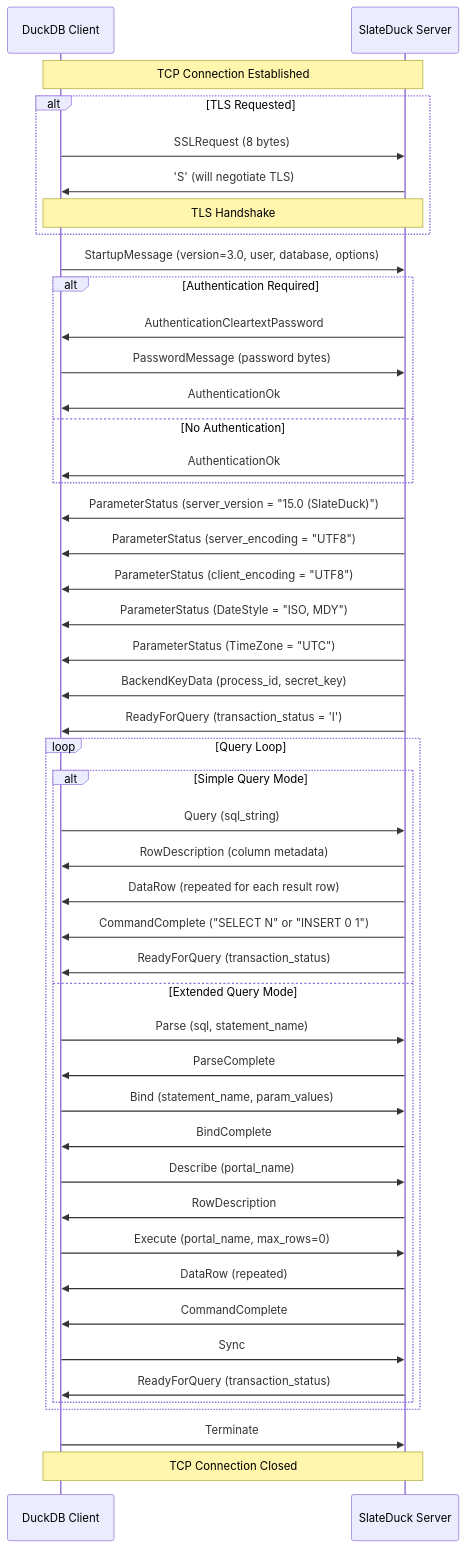
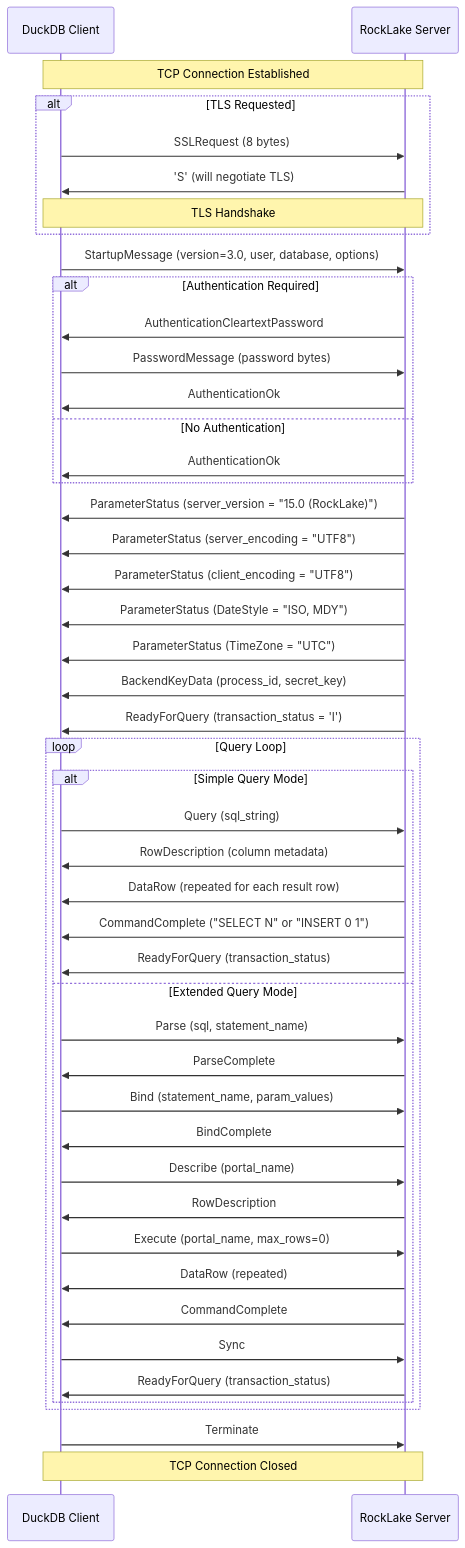
Before and after one commit to trickle-labs/rocklake: the diagram in docs/architecture/pg-wire-protocol.md, drawn with Mermaid. The commit also changed other lines of this file and 398 other files, not shown here.

First line of the commit message:
rename: SlateDuck -> RockLake across entire codebase (#48)

````diff
--- a/docs/architecture/pg-wire-protocol.md
+++ b/docs/architecture/pg-wire-protocol.md
@@ -22,56 +22,56 @@
 ```mermaid
 sequenceDiagram
     participant C as DuckDB Client
-    participant S as SlateDuck Server
+    participant S as RockLake Server
 
     Note over C,S: TCP Connection Established
     
     alt TLS Requested
         C->>S: SSLRequest (8 bytes)
         S->>C: 'S' (will negotiate TLS)
         Note over C,S: TLS Handshake
     end
     
     C->>S: StartupMessage (version=3.0, user, database, options)
     
     alt Authentication Required
         S->>C: AuthenticationCleartextPassword
         C->>S: PasswordMessage (password bytes)
         S->>C: AuthenticationOk
     else No Authentication
         S->>C: AuthenticationOk
     end
     
-    S->>C: ParameterStatus (server_version = "15.0 (SlateDuck)")
+    S->>C: ParameterStatus (server_version = "15.0 (RockLake)")
     S->>C: ParameterStatus (server_encoding = "UTF8")
     S->>C: ParameterStatus (client_encoding = "UTF8")
     S->>C: ParameterStatus (DateStyle = "ISO, MDY")
     S->>C: ParameterStatus (TimeZone = "UTC")
     S->>C: BackendKeyData (process_id, secret_key)
     S->>C: ReadyForQuery (transaction_status = 'I')
     
     loop Query Loop
         alt Simple Query Mode
             C->>S: Query (sql_string)
             S->>C: RowDescription (column metadata)
             S->>C: DataRow (repeated for each result row)
             S->>C: CommandComplete ("SELECT N" or "INSERT 0 1")
             S->>C: ReadyForQuery (transaction_status)
         else Extended Query Mode
             C->>S: Parse (sql, statement_name)
             S->>C: ParseComplete
             C->>S: Bind (statement_name, param_values)
             S->>C: BindComplete
             C->>S: Describe (portal_name)
             S->>C: RowDescription
             C->>S: Execute (portal_name, max_rows=0)
             S->>C: DataRow (repeated)
             S->>C: CommandComplete
             C->>S: Sync
             S->>C: ReadyForQuery (transaction_status)
         end
     end
     
     C->>S: Terminate
     Note over C,S: TCP Connection Closed
 ```
````
